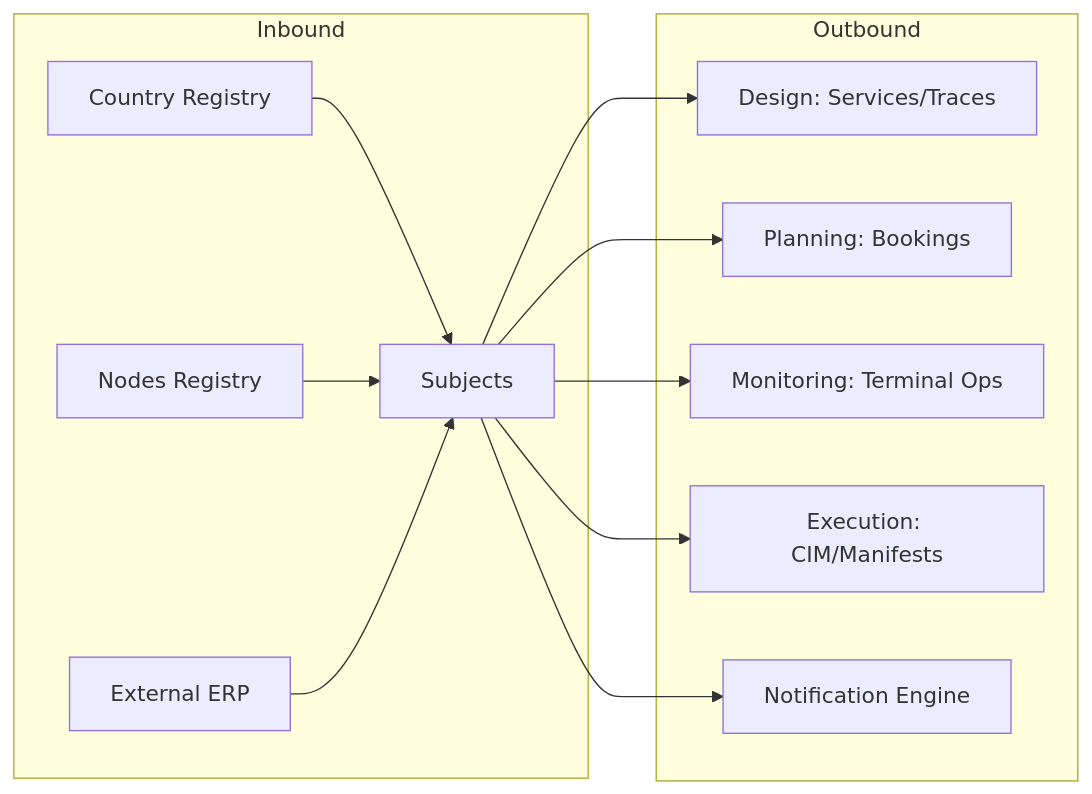
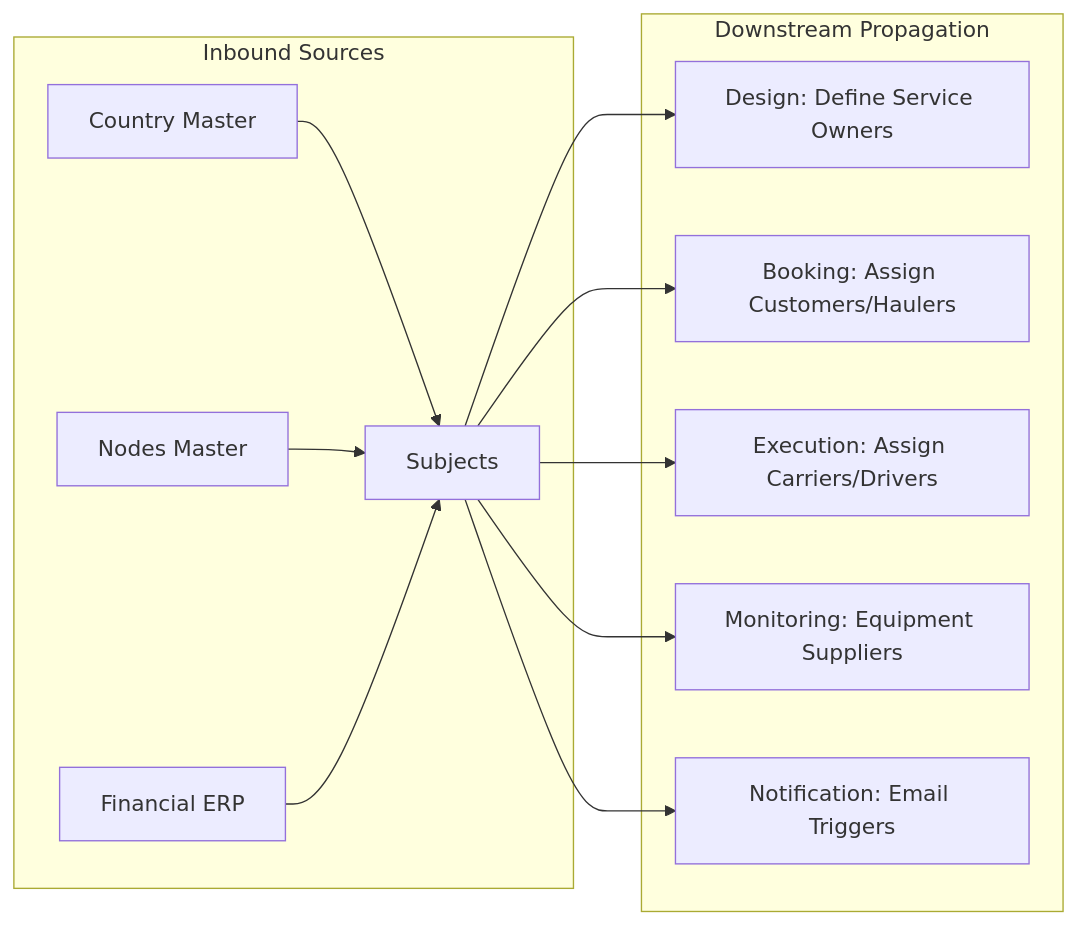
Before and after one commit to wavecentric/docs: the diagram in magemo/modules/general/subjects.mdx, drawn with Mermaid. The commit also changed other lines of this file and 12 other files, not shown here.

````diff
--- a/magemo/modules/general/subjects.mdx
+++ b/magemo/modules/general/subjects.mdx
@@ -43,15 +51,15 @@
 ```mermaid
 graph LR
-    subgraph "Inbound"
-        GEO[Country Registry] --> S[Subjects]
-        NODI[Nodes Registry] --> S
-        ERP[External ERP] --> S
+    subgraph "Inbound Sources"
+        GEO[Country Master] --> S[Subjects]
+        NODI[Nodes Master] --> S
+        ERP[Financial ERP] --> S
     end
-    subgraph "Outbound"
-        S --> DESIGN[Design: Services/Traces]
-        S --> PLANNING[Planning: Bookings]
-        S --> MONITORING[Monitoring: Terminal Ops]
-        S --> EXECUTION[Execution: CIM/Manifests]
-        S --> NOTIFY[Notification Engine]
+    subgraph "Downstream Propagation"
+        S --> DESIGN[Design: Define Service Owners]
+        S --> BKG[Booking: Assign Customers/Haulers]
+        S --> EXE[Execution: Assign Carriers/Drivers]
+        S --> MON[Monitoring: Equipment Suppliers]
+        S --> NOTIFY[Notification: Email Triggers]
     end
 ```
````
